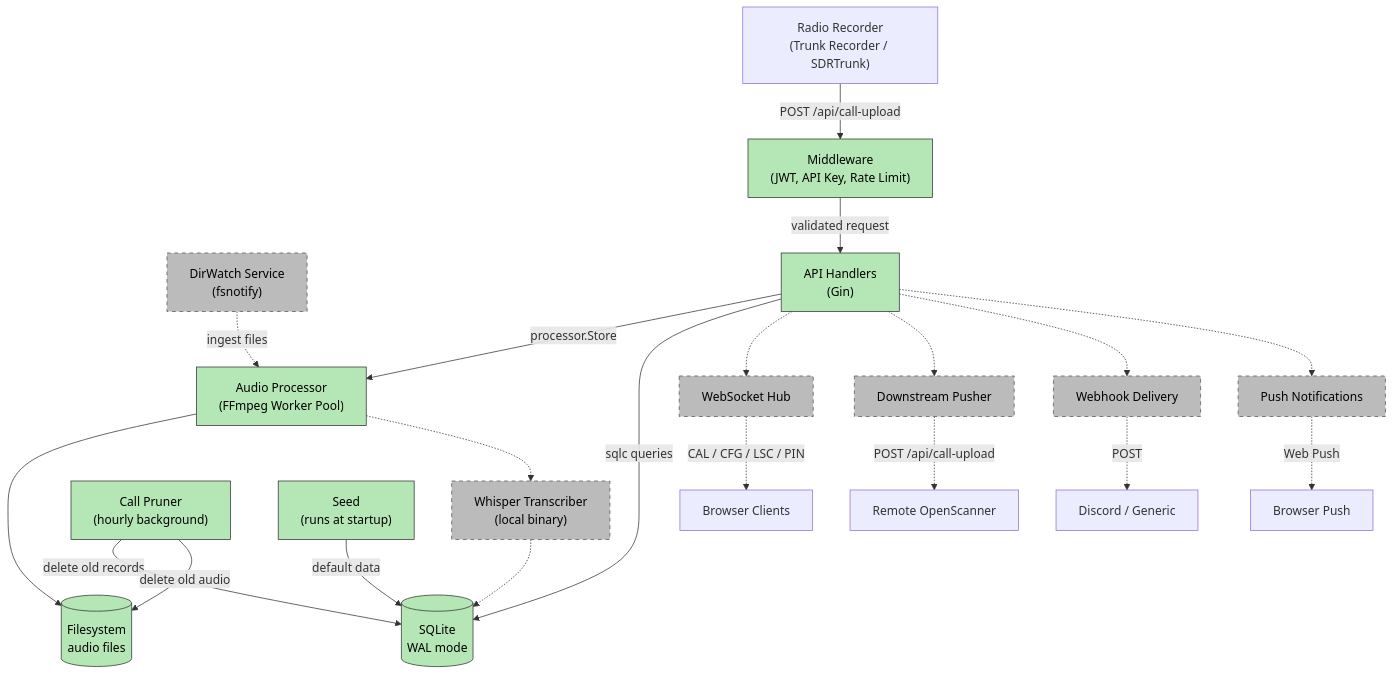
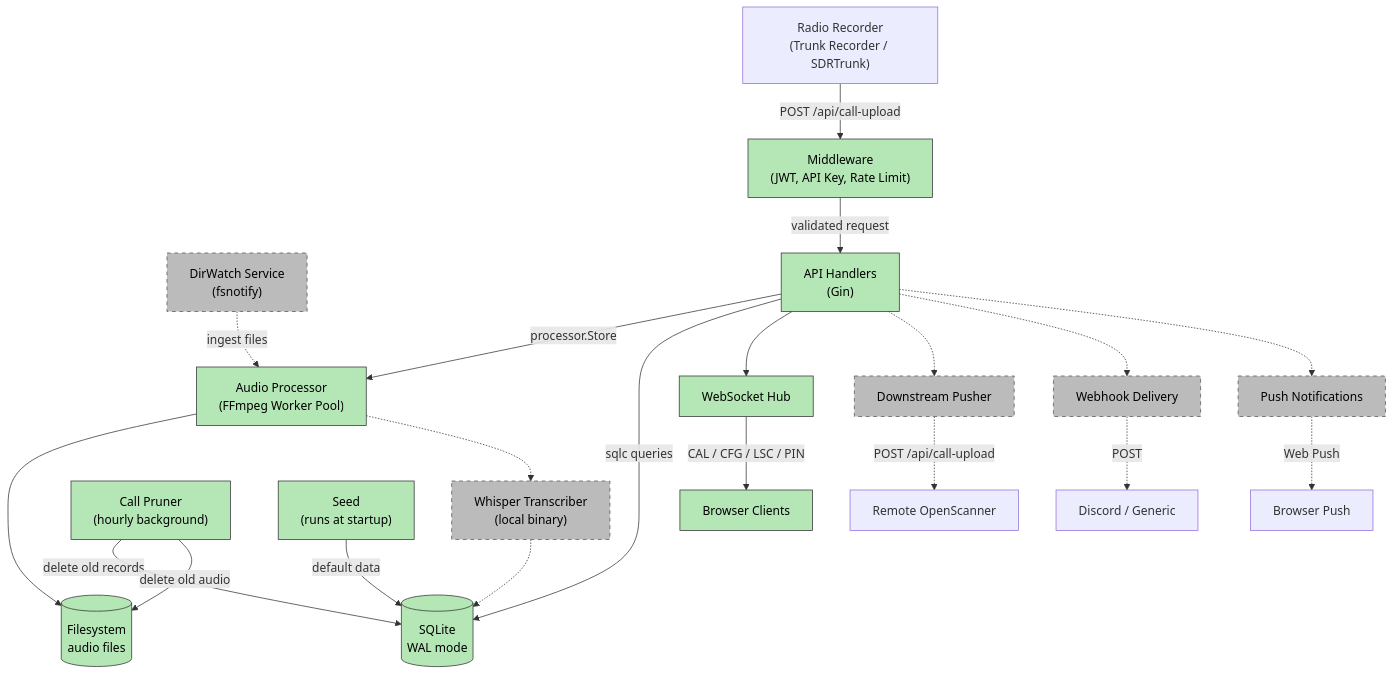
The diagram in docs/architecture.md (revtex/OpenScanner), drawn with Mermaid before and after one commit. The commit also changed other lines of this file and 14 other files, not shown here.

First line of the commit message:
feat: Phase 5 complete — WebSocket Hub

````diff
--- a/docs/architecture.md
+++ b/docs/architecture.md
@@ -13,40 +13,41 @@
 ```mermaid
 graph TD
     Recorder["Radio Recorder<br/>(Trunk Recorder / SDRTrunk)"] -->|POST /api/call-upload| MW
     DirWatch["DirWatch Service<br/>(fsnotify)"] -.->|ingest files| Processor
 
     MW["Middleware<br/>(JWT, API Key, Rate Limit)"] -->|validated request| API["API Handlers<br/>(Gin)"]
     API -->|processor.Store| Processor["Audio Processor<br/>(FFmpeg Worker Pool)"]
     Processor --> FS[("Filesystem<br/>audio files")]
     Processor -.-> Transcriber["Whisper Transcriber<br/>(local binary)"]
     API -->|sqlc queries| DB[(SQLite<br/>WAL mode)]
     Transcriber -.-> DB
 
     Pruner["Call Pruner<br/>(hourly background)"] -->|delete old records| DB
     Pruner -->|delete old audio| FS
 
     Seed["Seed<br/>(runs at startup)"] -->|default data| DB
 
-    API -.-> Hub["WebSocket Hub"]
-    Hub -.->|CAL / CFG / LSC / PIN| Listeners["Browser Clients"]
+    API --> Hub["WebSocket Hub"]
+    Hub -->|CAL / CFG / LSC / PIN| Listeners["Browser Clients"]
     API -.-> Downstream["Downstream Pusher"]
     Downstream -.->|POST /api/call-upload| RemoteInstance["Remote OpenScanner"]
     API -.-> Webhooks["Webhook Delivery"]
     Webhooks -.->|POST| External["Discord / Generic"]
     API -.-> Push["Push Notifications"]
     Push -.->|Web Push| Browser["Browser Push"]
 
     style MW fill:#b5e6b5,stroke:#333,color:#000
     style API fill:#b5e6b5,stroke:#333,color:#000
     style Processor fill:#b5e6b5,stroke:#333,color:#000
     style FS fill:#b5e6b5,stroke:#333,color:#000
     style DB fill:#b5e6b5,stroke:#333,color:#000
     style Seed fill:#b5e6b5,stroke:#333,color:#000
     style Pruner fill:#b5e6b5,stroke:#333,color:#000
-    style Hub fill:#bbb,stroke:#555,color:#000,stroke-dasharray: 5 5
+    style Hub fill:#b5e6b5,stroke:#333,color:#000
+    style Listeners fill:#b5e6b5,stroke:#333,color:#000
     style Transcriber fill:#bbb,stroke:#555,color:#000,stroke-dasharray: 5 5
     style DirWatch fill:#bbb,stroke:#555,color:#000,stroke-dasharray: 5 5
     style Downstream fill:#bbb,stroke:#555,color:#000,stroke-dasharray: 5 5
     style Webhooks fill:#bbb,stroke:#555,color:#000,stroke-dasharray: 5 5
     style Push fill:#bbb,stroke:#555,color:#000,stroke-dasharray: 5 5
 ```
````
